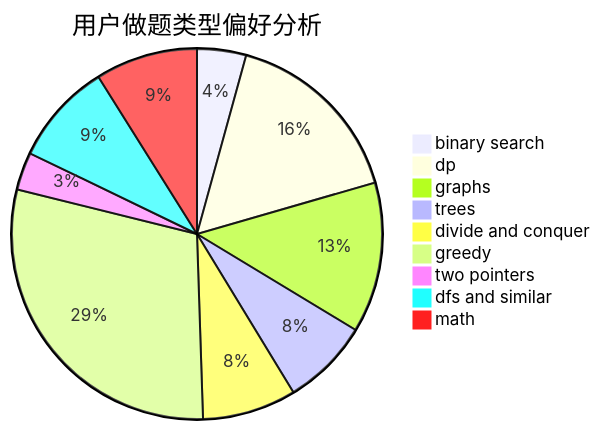
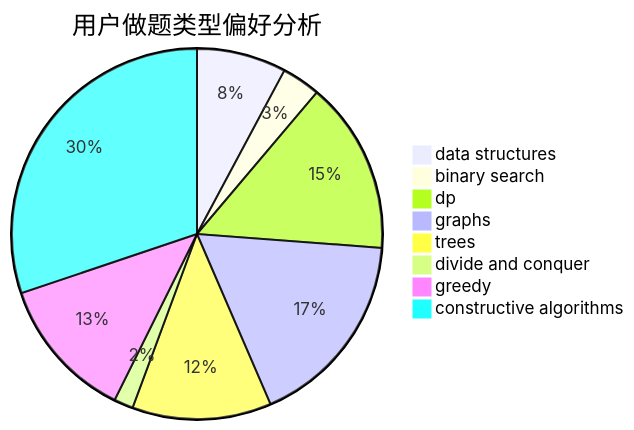
Before and after one commit to sherpahu/cfrs.github.io: the second of 3 diagrams in docs/user/u1104.md, drawn with Mermaid. The commit also changed other lines of this file and 2775 other files, not shown here.

````diff
--- a/docs/user/u1104.md
+++ b/docs/user/u1104.md
@@ -23,12 +23,11 @@
 ```mermaid
 pie title 用户做题类型偏好分析
-    "binary search" :  70
-    "dp" :  266
-    "graphs" :  215
-    "trees" :  125
-    "divide and conquer" :  134
-    "greedy" :  481
-    "two pointers" :  54
-    "dfs and similar" :  146
-    "math" :  146
+    "data structures" :  65
+    "binary search" :  28
+    "dp" :  125
+    "graphs" :  144
+    "trees" :  101
+    "divide and conquer" :  14
+    "greedy" :  104
+    "constructive algorithms" :  251
 ```
````
